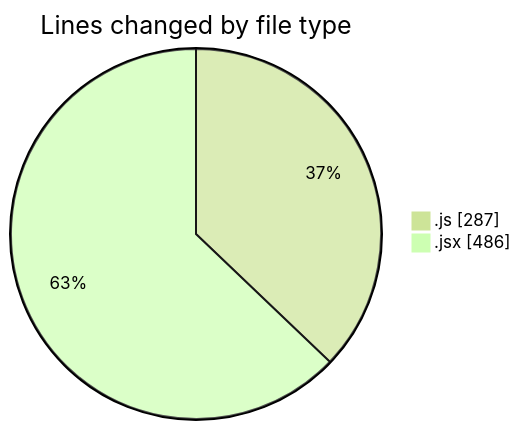
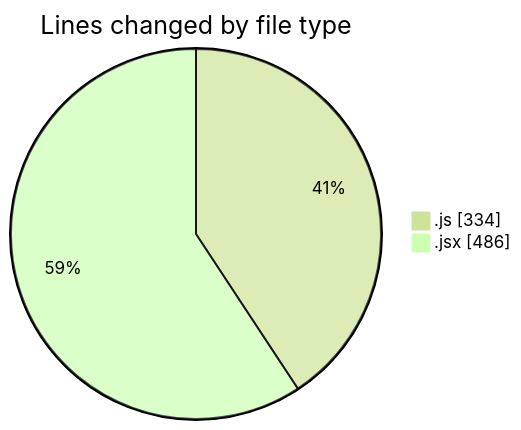
One commit to nxtqubesakshisongat/code-tracking changed the first of 2 diagrams in 2025-07-27/nxtqube_webapp/README.md. Above: the diagram before and after it, drawn with Mermaid (forest theme). The commit also changed other lines of this file and 1 other file, not shown here.

````diff
--- a/2025-07-27/nxtqube_webapp/README.md
+++ b/2025-07-27/nxtqube_webapp/README.md
@@ -21,6 +22,6 @@
 ```mermaid
 pie showData
 title Lines changed by file type
-".js" : 287
+".js" : 334
 ".jsx" : 486
 ```
````
